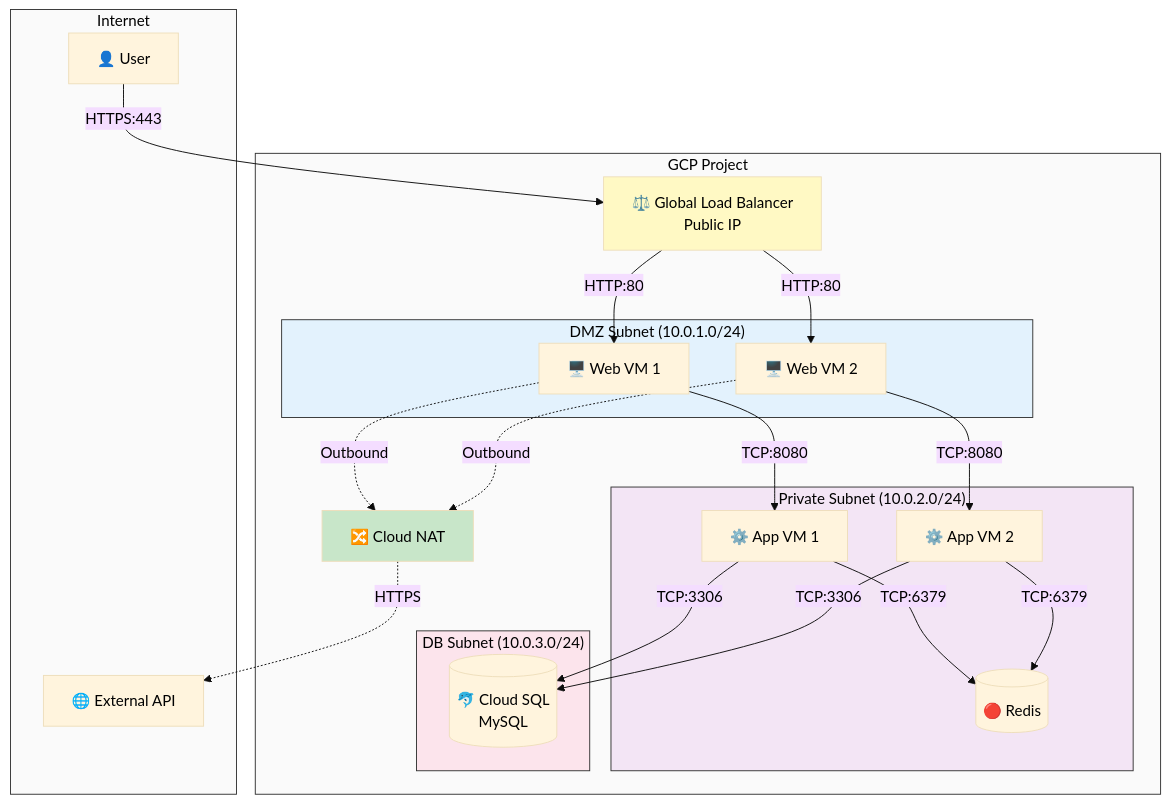
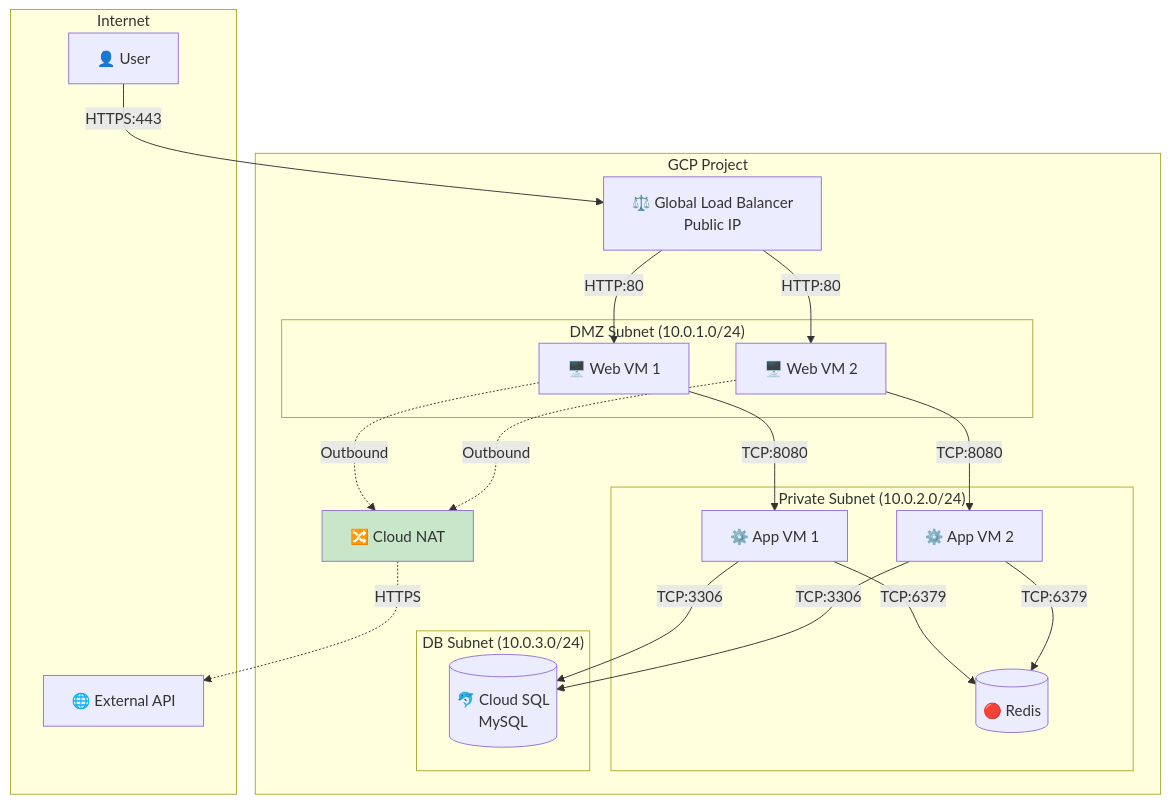
The second of 9 diagrams in terraform_gcp_infra/docs/architecture/network-design.md (JSJ2337/GCP_terraform_code), drawn with Mermaid before and after one commit. The commit also changed other lines of this file and 5 other files, not shown here.

First line of the commit message:
fix: Mermaid 다이어그램 테마를 default로 변경 및 단순화

````diff
--- a/terraform_gcp_infra/docs/architecture/network-design.md
+++ b/terraform_gcp_infra/docs/architecture/network-design.md
@@ -197,52 +200,47 @@
 ```mermaid
-%%{init: {'theme': 'base', 'themeVariables': { 'primaryTextColor': '#000000', 'secondaryTextColor': '#000000', 'tertiaryTextColor': '#000000', 'clusterBkg': '#ffffff', 'clusterBorder': '#333333' }}}%%
+%%{init: {'theme': 'default'}}%%
 flowchart TB
     subgraph Internet["Internet"]
         USER[👤 User]
         API[🌐 External API]
     end
 
     subgraph GCP["GCP Project"]
         LB[⚖️ Global Load Balancer<br/>Public IP]
         NAT[🔀 Cloud NAT]
 
         subgraph DMZ["DMZ Subnet (10.0.1.0/24)"]
             WEB1[🖥️ Web VM 1]
             WEB2[🖥️ Web VM 2]
         end
 
         subgraph Private["Private Subnet (10.0.2.0/24)"]
             APP1[⚙️ App VM 1]
             APP2[⚙️ App VM 2]
             REDIS[(🔴 Redis)]
         end
 
         subgraph DB["DB Subnet (10.0.3.0/24)"]
             SQL[(🐬 Cloud SQL<br/>MySQL)]
         end
     end
 
     %% Ingress Flow
     USER -->|HTTPS:443| LB
     LB -->|HTTP:80| WEB1
     LB -->|HTTP:80| WEB2
     WEB1 -->|TCP:8080| APP1
     WEB2 -->|TCP:8080| APP2
     APP1 -->|TCP:6379| REDIS
     APP2 -->|TCP:6379| REDIS
     APP1 -->|TCP:3306| SQL
     APP2 -->|TCP:3306| SQL
 
     %% Egress Flow
     WEB1 -.->|Outbound| NAT
     WEB2 -.->|Outbound| NAT
     NAT -.->|HTTPS| API
 
-    style Internet fill:#fafafa,color:#000000
-    style GCP fill:#fafafa,color:#000000
-    style DMZ fill:#e3f2fd,color:#000000
-    style Private fill:#f3e5f5,color:#000000
-    style DB fill:#fce4ec,color:#000000
-    style LB fill:#fff9c4
+    style Internet fill:#fafafa    style GCP fill:#fafafa    style DMZ fill:#e3f2fd    style Private fill:#f3e5f5    style DB fill:#fce4ec    style LB fill:#fff9c4
     style NAT fill:#c8e6c9
 ```
````
